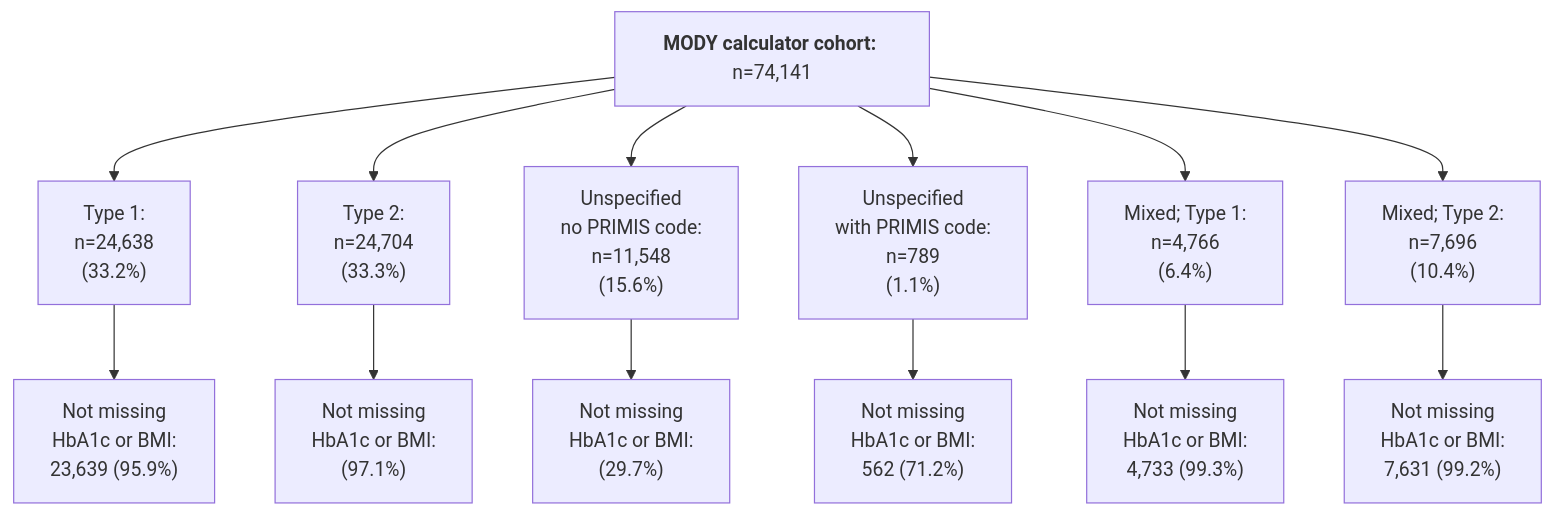
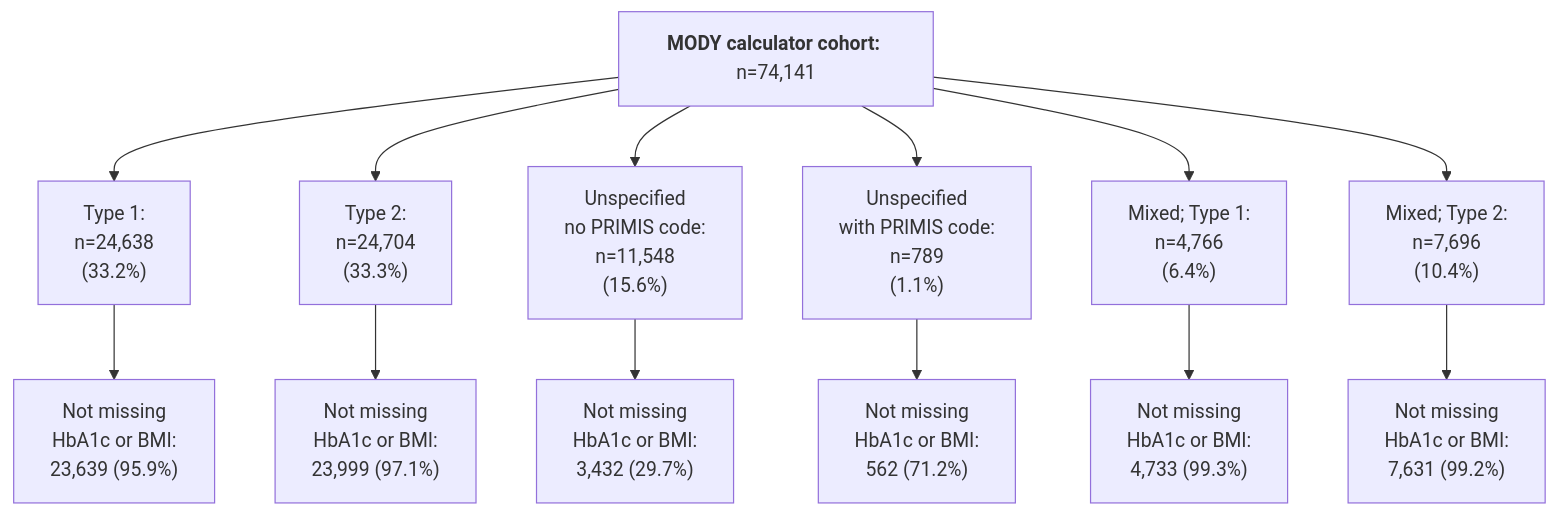
The third of 4 diagrams in README.md (Exeter-Diabetes/CPRD-Katie-DePICtion-Scripts), drawn with Mermaid before and after one commit. The commit also changed other lines of this file, not shown here.

````diff
--- a/README.md
+++ b/README.md
@@ -89,15 +89,15 @@
 ```mermaid
 graph TD;
     G["<b>MODY calculator cohort:</b> n=74,141"] --> H["Type 1:<br>n=24,638<br>(33.2%)"]
     G --> I["Type 2:<br>n=24,704<br>(33.3%)"]
     G --> J["Unspecified<br>no PRIMIS code:<br>n=11,548<br>(15.6%)"]
     G --> K["Unspecified<br>with PRIMIS code: <br>n=789<br>(1.1%)"]
     G --> L["Mixed; Type 1:<br>n=4,766<br>(6.4%)"]
     G --> M["Mixed; Type 2:<br>n=7,696<br>(10.4%)"]
     H --> N["Not missing<br>HbA1c or BMI:<br>23,639 (95.9%)"]
-    I --> O["Not missing<br>HbA1c or BMI:<br> (97.1%)"]
-    J --> P["Not missing<br>HbA1c or BMI:<br> (29.7%)"]
+    I --> O["Not missing<br>HbA1c or BMI:<br>23,999 (97.1%)"]
+    J --> P["Not missing<br>HbA1c or BMI:<br>3,432 (29.7%)"]
     K --> Q["Not missing<br>HbA1c or BMI:<br>562 (71.2%)"]
     L --> R["Not missing<br>HbA1c or BMI:<br>4,733 (99.3%)"]
     M --> S["Not missing<br>HbA1c or BMI:<br>7,631 (99.2%)"]
 ```
````
